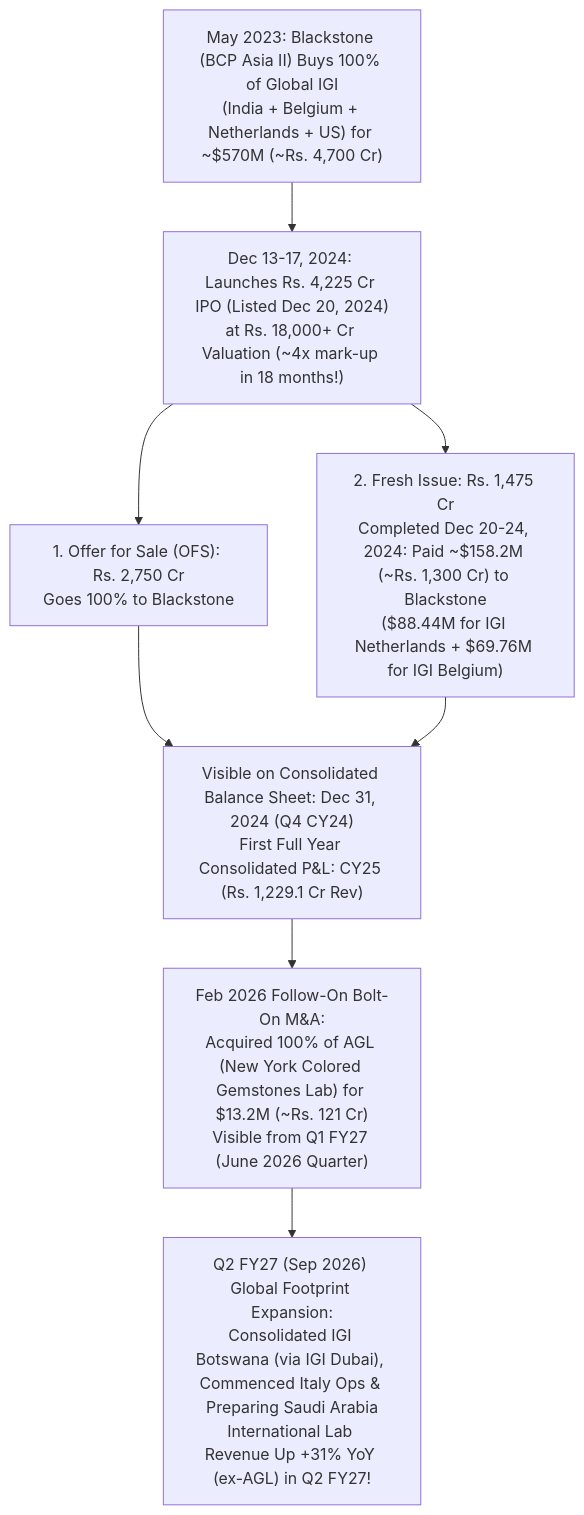
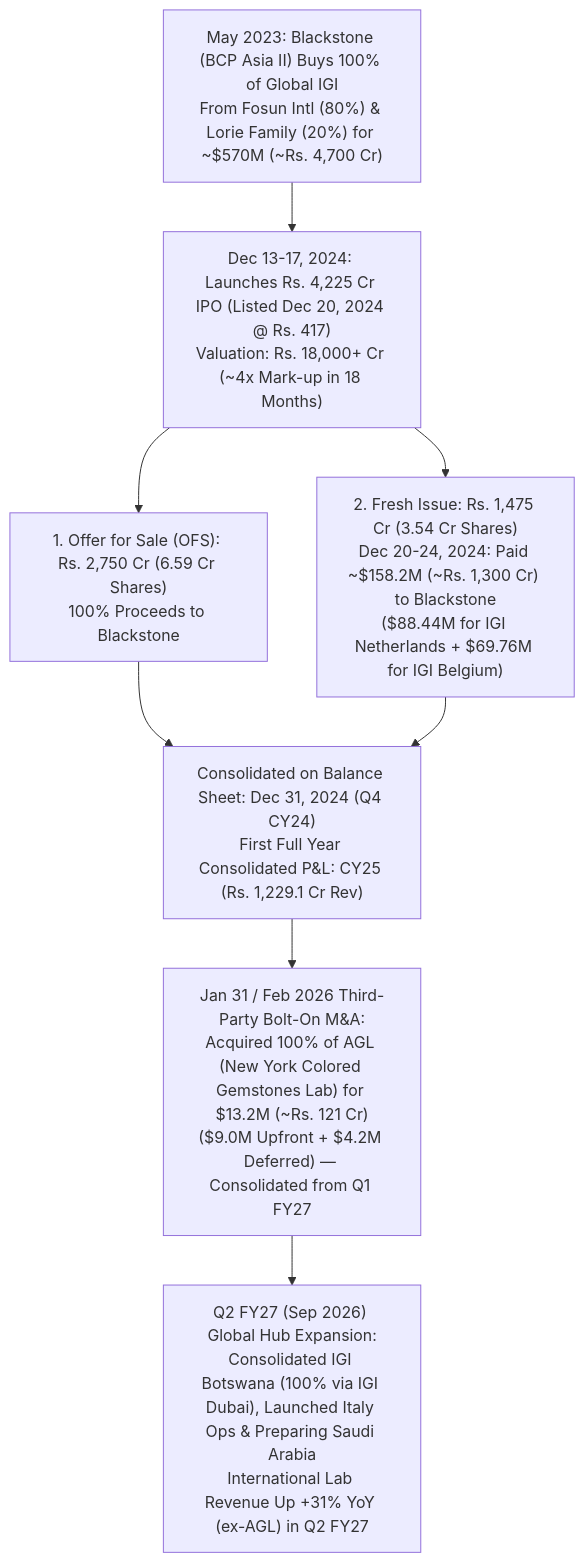
Before and after one commit to imagarg01/LearningStuff: the first of 4 diagrams in docs/Finance/Companies/IGIL/Forensic-Valuation-And-Timing-Upgrade.md, drawn with Mermaid. The commit also changed other lines of this file and 4 other files, not shown here.

````diff
--- a/docs/Finance/Companies/IGIL/Forensic-Valuation-And-Timing-Upgrade.md
+++ b/docs/Finance/Companies/IGIL/Forensic-Valuation-And-Timing-Upgrade.md
@@ -38,10 +42,10 @@
 ```mermaid
 flowchart TD
-    BM["May 2023: Blackstone (BCP Asia II) Buys 100% of Global IGI\n(India + Belgium + Netherlands + US) for ~$570M (~Rs. 4,700 Cr)"]
-    BM --> IPO["Dec 13-17, 2024: Launches Rs. 4,225 Cr IPO (Listed Dec 20, 2024)\nat Rs. 18,000+ Cr Valuation (~4x mark-up in 18 months!)"]
-    IPO --> OFS["1. Offer for Sale (OFS): Rs. 2,750 Cr\nGoes 100% to Blackstone"]
-    IPO --> FI["2. Fresh Issue: Rs. 1,475 Cr\nCompleted Dec 20-24, 2024: Paid ~$158.2M (~Rs. 1,300 Cr) to Blackstone\n($88.44M for IGI Netherlands + $69.76M for IGI Belgium)"]
-    OFS & FI --> BOOKS["Visible on Consolidated Balance Sheet: Dec 31, 2024 (Q4 CY24)\nFirst Full Year Consolidated P&L: CY25 (Rs. 1,229.1 Cr Rev)"]
-    BOOKS --> AGL["Feb 2026 Follow-On Bolt-On M&A:\nAcquired 100% of AGL (New York Colored Gemstones Lab) for $13.2M (~Rs. 121 Cr)\nVisible from Q1 FY27 (June 2026 Quarter)"]
-    AGL --> EXP["Q2 FY27 (Sep 2026) Global Footprint Expansion:\nConsolidated IGI Botswana (via IGI Dubai), Commenced Italy Ops & Preparing Saudi Arabia\nInternational Lab Revenue Up +31% YoY (ex-AGL) in Q2 FY27!"]
+    BM["May 2023: Blackstone (BCP Asia II) Buys 100% of Global IGI\nFrom Fosun Intl (80%) & Lorie Family (20%) for ~$570M (~Rs. 4,700 Cr)"]
+    BM --> IPO["Dec 13-17, 2024: Launches Rs. 4,225 Cr IPO (Listed Dec 20, 2024 @ Rs. 417)\nValuation: Rs. 18,000+ Cr (~4x Mark-up in 18 Months)"]
+    IPO --> OFS["1. Offer for Sale (OFS): Rs. 2,750 Cr (6.59 Cr Shares)\n100% Proceeds to Blackstone"]
+    IPO --> FI["2. Fresh Issue: Rs. 1,475 Cr (3.54 Cr Shares)\nDec 20-24, 2024: Paid ~$158.2M (~Rs. 1,300 Cr) to Blackstone\n($88.44M for IGI Netherlands + $69.76M for IGI Belgium)"]
+    OFS & FI --> BOOKS["Consolidated on Balance Sheet: Dec 31, 2024 (Q4 CY24)\nFirst Full Year Consolidated P&L: CY25 (Rs. 1,229.1 Cr Rev)"]
+    BOOKS --> AGL["Jan 31 / Feb 2026 Third-Party Bolt-On M&A:\nAcquired 100% of AGL (New York Colored Gemstones Lab) for $13.2M (~Rs. 121 Cr)\n($9.0M Upfront + $4.2M Deferred) — Consolidated from Q1 FY27"]
+    AGL --> EXP["Q2 FY27 (Sep 2026) Global Hub Expansion:\nConsolidated IGI Botswana (100% via IGI Dubai), Launched Italy Ops & Preparing Saudi Arabia\nInternational Lab Revenue Up +31% YoY (ex-AGL) in Q2 FY27"]
 ```
````
